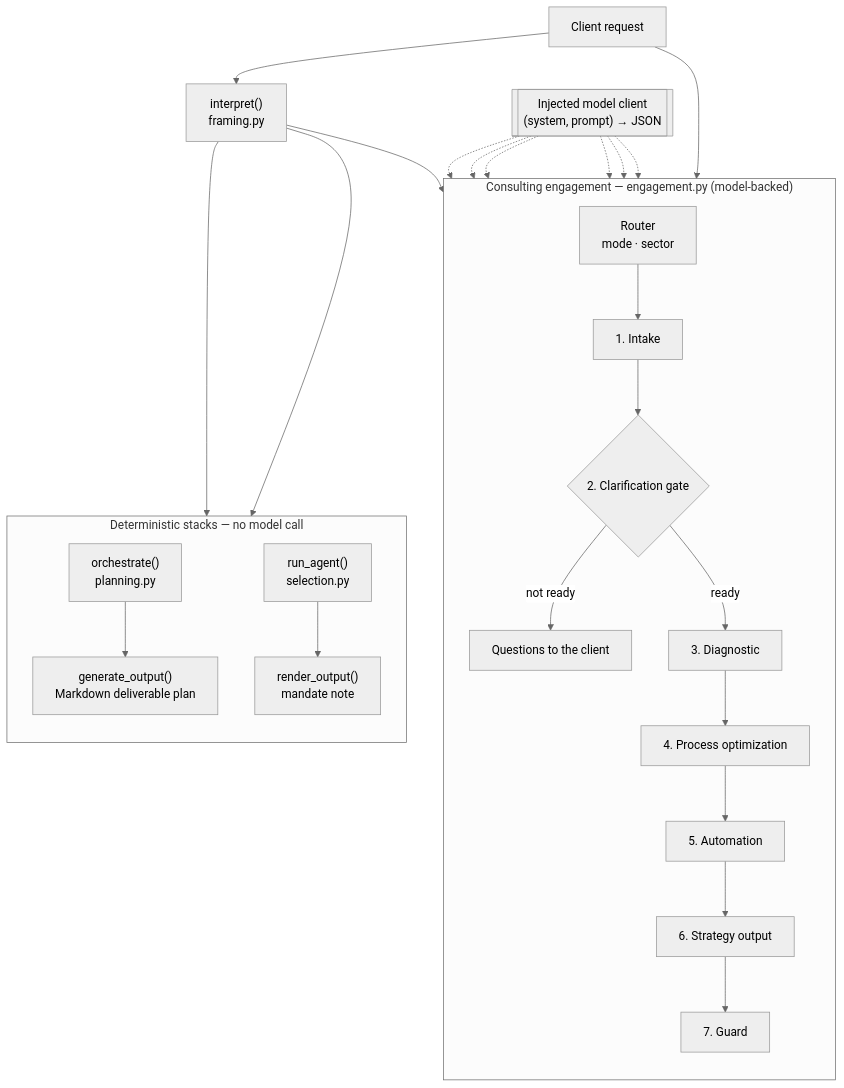
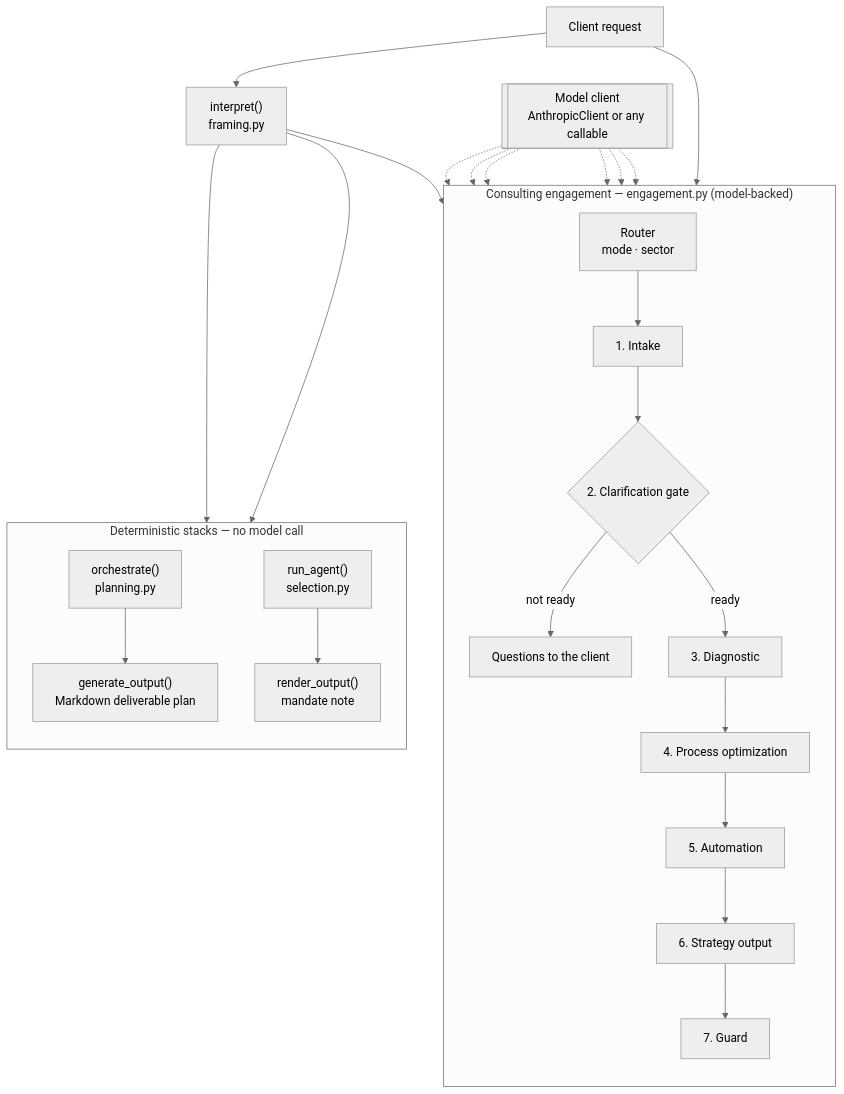
The diagram in README.md (nassim-systems/khirami-agent), drawn with Mermaid (neutral theme) before and after one commit. The commit also changed other lines of this file and 10 other files, not shown here.

First line of the commit message:
Add optional Anthropic model client

````diff
--- a/README.md
+++ b/README.md
@@ -34,33 +36,33 @@
 ```mermaid
 flowchart TD
     R[Client request] --> I["interpret()<br/>framing.py"]
 
     subgraph ENG ["Consulting engagement — engagement.py (model-backed)"]
         direction TB
         RT[Router<br/>mode · sector] --> IN[1. Intake]
         IN --> G{2. Clarification gate}
         G -- "not ready" --> Q[Questions to the client]
         G -- ready --> D[3. Diagnostic]
         D --> P[4. Process optimization]
         P --> A[5. Automation]
         A --> S[6. Strategy output]
         S --> GU[7. Guard]
     end
 
     subgraph DET ["Deterministic stacks — no model call"]
         direction TB
         O["orchestrate()<br/>planning.py"] --> GO["generate_output()<br/>Markdown deliverable plan"]
         RA["run_agent()<br/>selection.py"] --> RO["render_output()<br/>mandate note"]
     end
 
     R --> RT
     I --> IN
     I --> O
     I --> RA
-    LLM[["Injected model client<br/>(system, prompt) → JSON"]] -.-> G
+    LLM[["Model client<br/>AnthropicClient or any callable"]] -.-> G
     LLM -.-> D
     LLM -.-> P
     LLM -.-> A
     LLM -.-> S
     LLM -.-> GU
 ```
````
